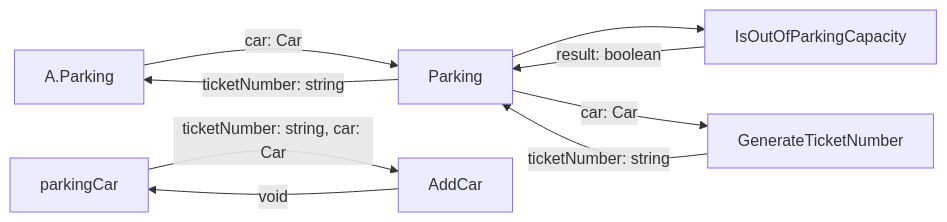
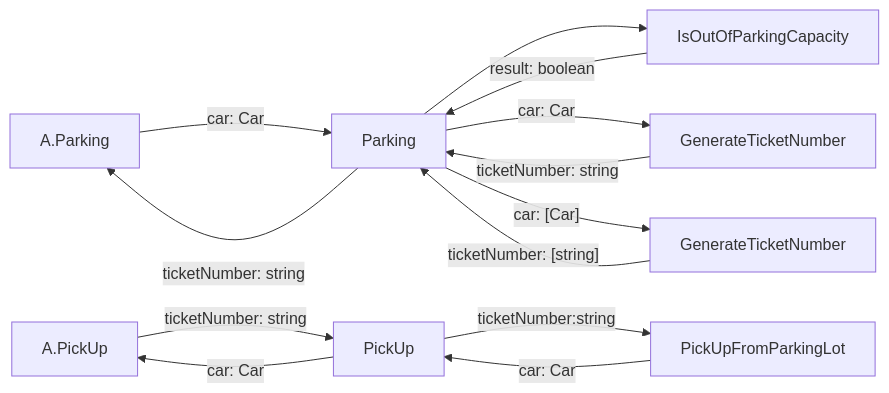
The diagram in README.md (weikunzl/ParkingLot), drawn with Mermaid before and after one commit. The commit also changed other lines of this file and 1 other file, not shown here.

Commit message:
docs: modify story 1 tasking

````diff
--- a/README.md
+++ b/README.md
@@ -38,15 +38,21 @@
 ```mermaid
 graph LR
     A.Parking -- car: Car --> Parking
     Parking -- ticketNumber: string --> A.Parking
     
     Parking --> IsOutOfParkingCapacity
     IsOutOfParkingCapacity -- result: boolean --> Parking
     
-    Parking -- car: Car --> GenerateTicketNumber
-    GenerateTicketNumber -- ticketNumber: string --> Parking
+    Parking -- car: Car --> A[GenerateTicketNumber]
+    A -- ticketNumber: string --> Parking
     
-    parkingCar -- ticketNumber: string, car: Car --> AddCar
-    AddCar -- void --> parkingCar
+    Parking -- "car: [Car]" --> B[GenerateTicketNumber]
+    B -- "ticketNumber: [string]" --> Parking
+    
+    A.PickUp -- ticketNumber: string --> PickUp
+    PickUp -- car: Car --> A.PickUp 
+    
+    PickUp -- ticketNumber:string --> PickUpFromParkingLot
+    PickUpFromParkingLot -- car: Car --> PickUp
 
 ```
````
